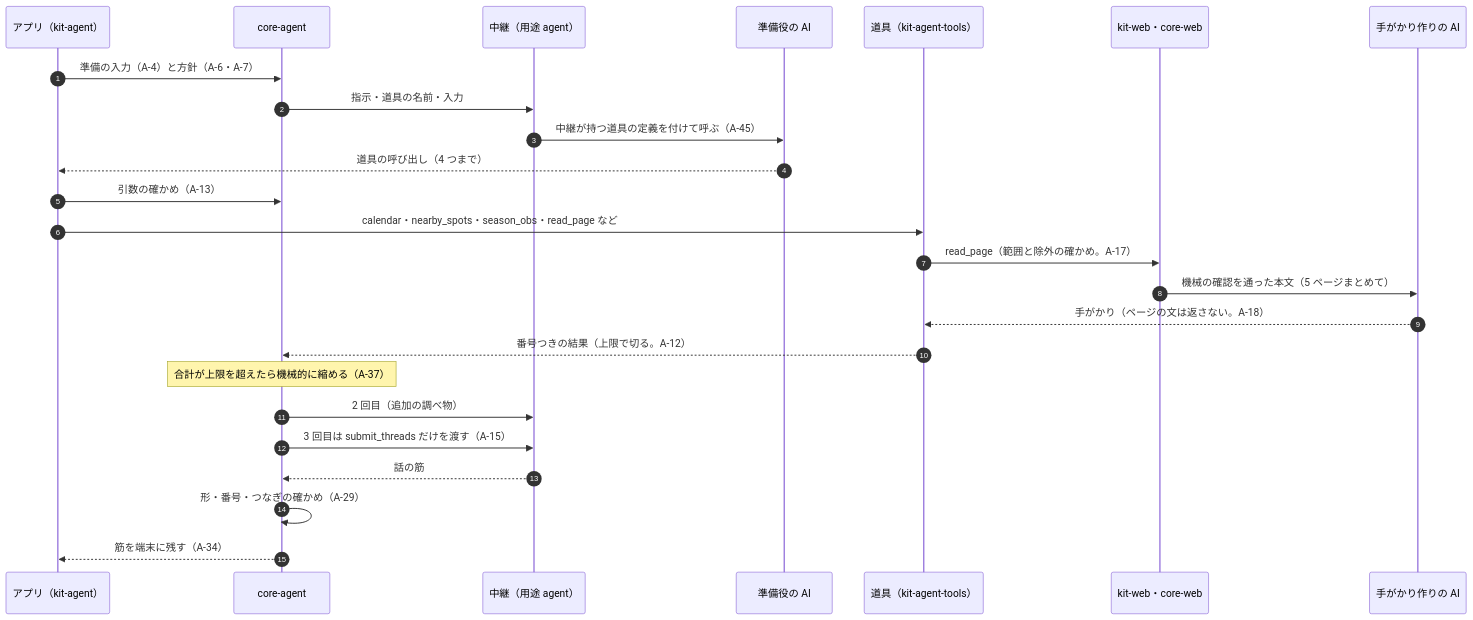
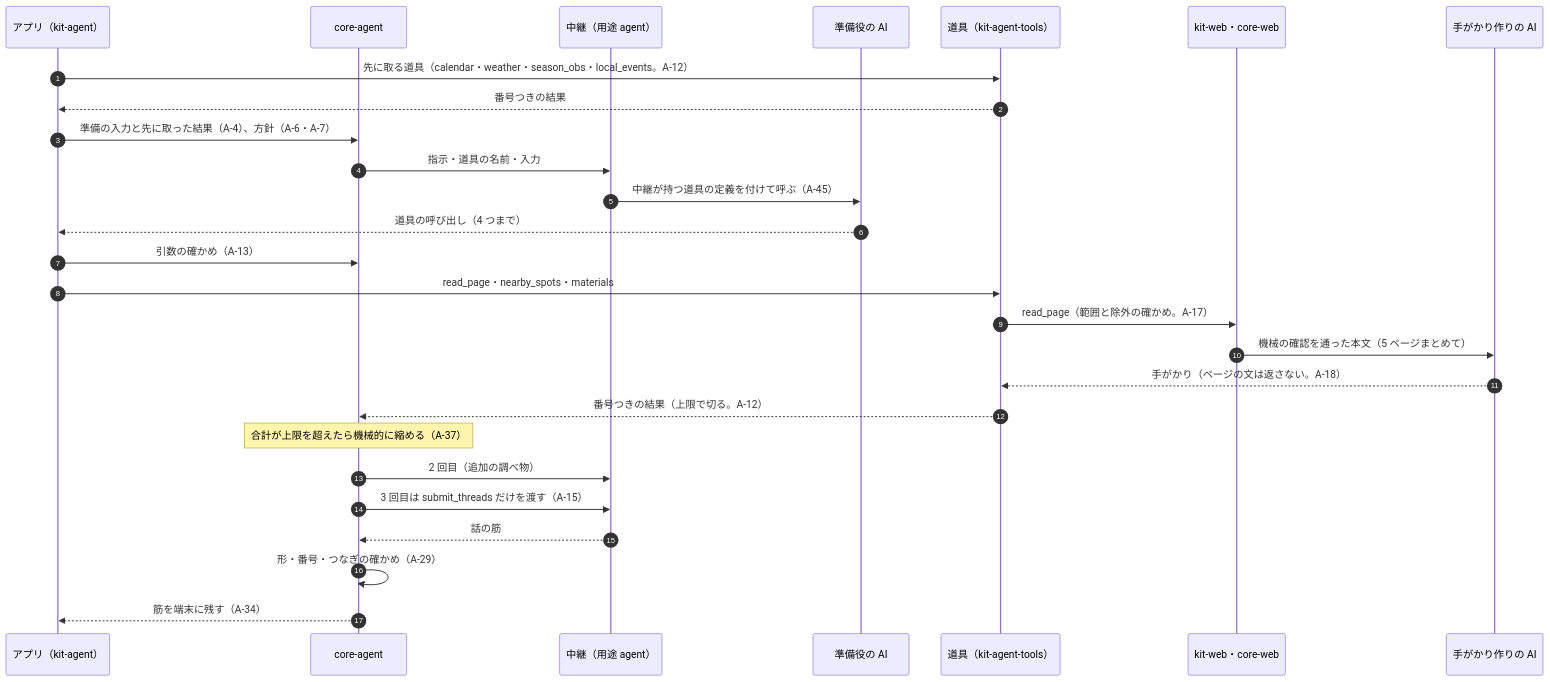
One commit to duwenji/yorisoi-platform changed the second of 3 diagrams in docs/decisions/ADR-AGENT.md. Above: the diagram before and after it, drawn with Mermaid. The commit also changed other lines of this file, not shown here.

````diff
--- a/docs/decisions/ADR-AGENT.md
+++ b/docs/decisions/ADR-AGENT.md
@@ -108,27 +108,29 @@
 ```mermaid
 sequenceDiagram
     autonumber
     participant App as アプリ（kit-agent）
     participant Core as core-agent
     participant Relay as 中継（用途 agent）
     participant AI as 準備役の AI
     participant Tools as 道具（kit-agent-tools）
     participant Web as kit-web・core-web
     participant Hints as 手がかり作りの AI
-    App->>Core: 準備の入力（A-4）と方針（A-6・A-7）
+    App->>Tools: 先に取る道具（calendar・weather・season_obs・local_events。A-12）
+    Tools-->>App: 番号つきの結果
+    App->>Core: 準備の入力と先に取った結果（A-4）、方針（A-6・A-7）
     Core->>Relay: 指示・道具の名前・入力
     Relay->>AI: 中継が持つ道具の定義を付けて呼ぶ（A-45）
     AI-->>App: 道具の呼び出し（4 つまで）
     App->>Core: 引数の確かめ（A-13）
-    App->>Tools: calendar・nearby_spots・season_obs・read_page など
+    App->>Tools: read_page・nearby_spots・materials
     Tools->>Web: read_page（範囲と除外の確かめ。A-17）
     Web->>Hints: 機械の確認を通った本文（5 ページまとめて）
     Hints-->>Tools: 手がかり（ページの文は返さない。A-18）
     Tools-->>Core: 番号つきの結果（上限で切る。A-12）
     Note over Core: 合計が上限を超えたら機械的に縮める（A-37）
     Core->>Relay: 2 回目（追加の調べ物）
     Core->>Relay: 3 回目は submit_threads だけを渡す（A-15）
     Relay-->>Core: 話の筋
     Core->>Core: 形・番号・つなぎの確かめ（A-29）
     Core-->>App: 筋を端末に残す（A-34）
 ```
````
